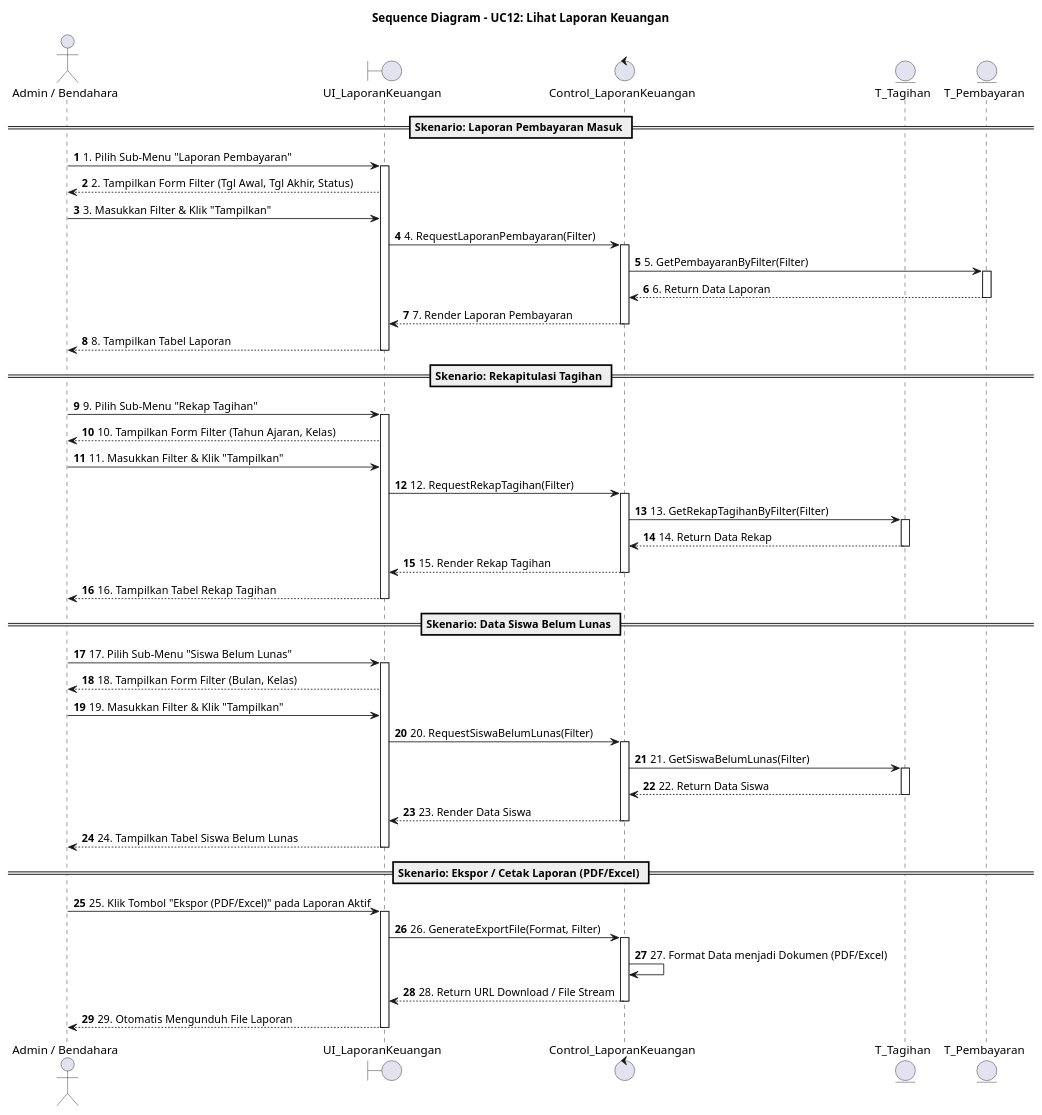
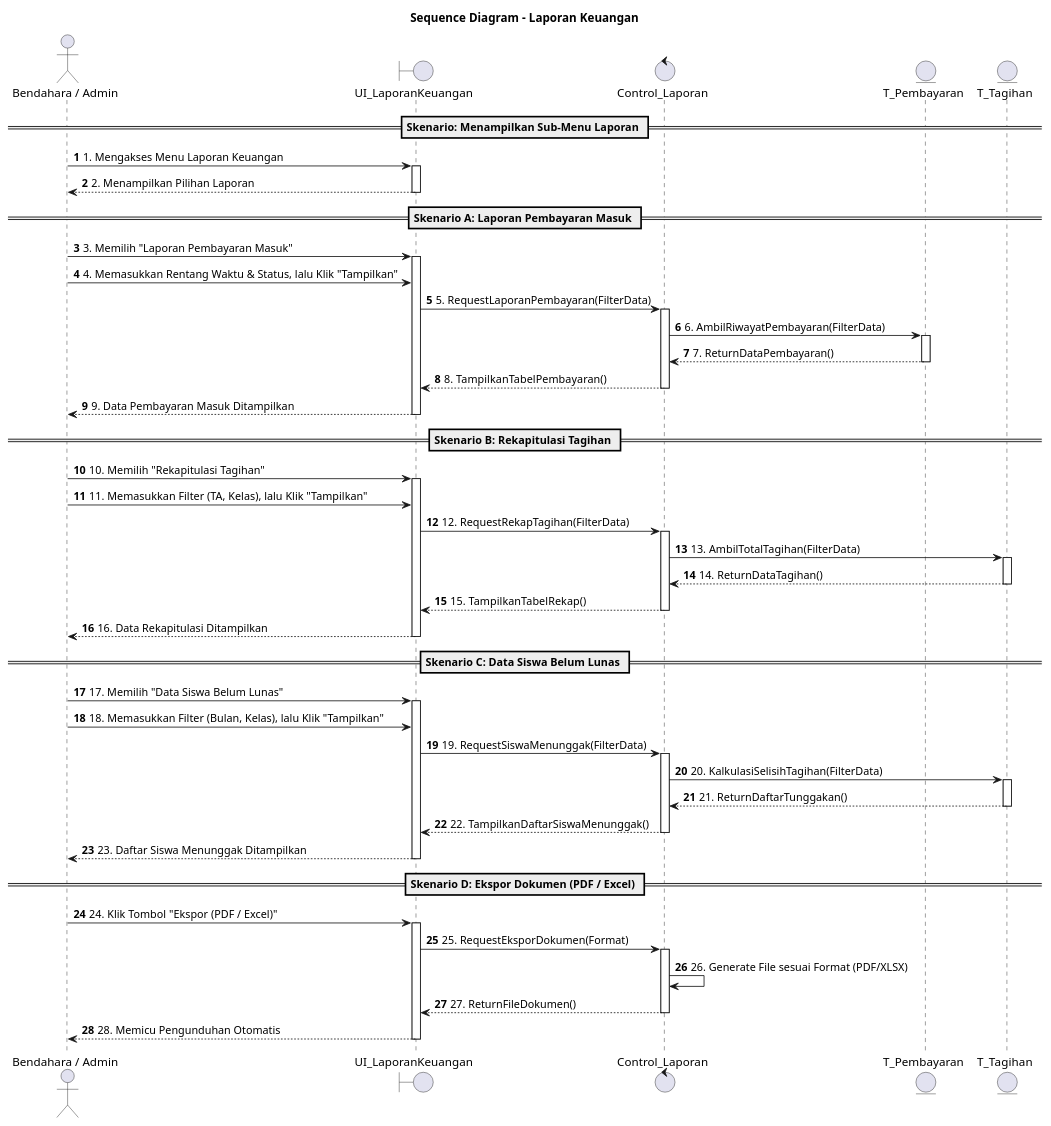
Before and after one commit to shendelzare7sw/sipaduhok: the diagram in docs/flow/sequence-laporan-keuangan.puml, drawn with PlantUML. The commit also changed 66 other files, not shown here.

```diff
--- a/docs/flow/sequence-laporan-keuangan.puml
+++ b/docs/flow/sequence-laporan-keuangan.puml
@@ -1,85 +1,73 @@
 @startuml
-title Sequence Diagram - UC12: Lihat Laporan Keuangan
+title Sequence Diagram - Laporan Keuangan
 autonumber
 
-actor "Admin / Bendahara" as Admin
+actor "Bendahara / Admin" as Pengguna
 boundary "UI_LaporanKeuangan" as UI
-control "Control_LaporanKeuangan" as Control
+control "Control_Laporan" as Control
+entity "T_Pembayaran" as E_Pembayaran
 entity "T_Tagihan" as E_Tagihan
-entity "T_Pembayaran" as E_Pembayaran
 
-== Skenario: Laporan Pembayaran Masuk ==
-
-Admin -> UI : 1. Pilih Sub-Menu "Laporan Pembayaran"
+== Skenario: Menampilkan Sub-Menu Laporan ==
+Pengguna -> UI : 1. Mengakses Menu Laporan Keuangan
 activate UI
-UI --> Admin : 2. Tampilkan Form Filter (Tgl Awal, Tgl Akhir, Status)
-
-Admin -> UI : 3. Masukkan Filter & Klik "Tampilkan"
-UI -> Control : 4. RequestLaporanPembayaran(Filter)
-activate Control
-
-Control -> E_Pembayaran : 5. GetPembayaranByFilter(Filter)
-activate E_Pembayaran
-E_Pembayaran --> Control : 6. Return Data Laporan
-deactivate E_Pembayaran
-
-Control --> UI : 7. Render Laporan Pembayaran
-deactivate Control
-UI --> Admin : 8. Tampilkan Tabel Laporan
+UI --> Pengguna : 2. Menampilkan Pilihan Laporan
 deactivate UI
 
-== Skenario: Rekapitulasi Tagihan ==
-
-Admin -> UI : 9. Pilih Sub-Menu "Rekap Tagihan"
+== Skenario A: Laporan Pembayaran Masuk ==
+Pengguna -> UI : 3. Memilih "Laporan Pembayaran Masuk"
 activate UI
-UI --> Admin : 10. Tampilkan Form Filter (Tahun Ajaran, Kelas)
-
-Admin -> UI : 11. Masukkan Filter & Klik "Tampilkan"
-UI -> Control : 12. RequestRekapTagihan(Filter)
+Pengguna -> UI : 4. Memasukkan Rentang Waktu & Status, lalu Klik "Tampilkan"
+UI -> Control : 5. RequestLaporanPembayaran(FilterData)
 activate Control
-
-Control -> E_Tagihan : 13. GetRekapTagihanByFilter(Filter)
-activate E_Tagihan
-E_Tagihan --> Control : 14. Return Data Rekap
-deactivate E_Tagihan
-
-Control --> UI : 15. Render Rekap Tagihan
+Control -> E_Pembayaran : 6. AmbilRiwayatPembayaran(FilterData)
+activate E_Pembayaran
+E_Pembayaran --> Control : 7. ReturnDataPembayaran()
+deactivate E_Pembayaran
+Control --> UI : 8. TampilkanTabelPembayaran()
 deactivate Control
-UI --> Admin : 16. Tampilkan Tabel Rekap Tagihan
+UI --> Pengguna : 9. Data Pembayaran Masuk Ditampilkan
 deactivate UI
 
-== Skenario: Data Siswa Belum Lunas ==
-
-Admin -> UI : 17. Pilih Sub-Menu "Siswa Belum Lunas"
+== Skenario B: Rekapitulasi Tagihan ==
+Pengguna -> UI : 10. Memilih "Rekapitulasi Tagihan"
 activate UI
-UI --> Admin : 18. Tampilkan Form Filter (Bulan, Kelas)
-
-Admin -> UI : 19. Masukkan Filter & Klik "Tampilkan"
-UI -> Control : 20. RequestSiswaBelumLunas(Filter)
+Pengguna -> UI : 11. Memasukkan Filter (TA, Kelas), lalu Klik "Tampilkan"
+UI -> Control : 12. RequestRekapTagihan(FilterData)
 activate Control
-
-Control -> E_Tagihan : 21. GetSiswaBelumLunas(Filter)
+Control -> E_Tagihan : 13. AmbilTotalTagihan(FilterData)
 activate E_Tagihan
-E_Tagihan --> Control : 22. Return Data Siswa
+E_Tagihan --> Control : 14. ReturnDataTagihan()
 deactivate E_Tagihan
-
-Control --> UI : 23. Render Data Siswa
+Control --> UI : 15. TampilkanTabelRekap()
 deactivate Control
-UI --> Admin : 24. Tampilkan Tabel Siswa Belum Lunas
+UI --> Pengguna : 16. Data Rekapitulasi Ditampilkan
 deactivate UI
 
-== Skenario: Ekspor / Cetak Laporan (PDF/Excel) ==
+== Skenario C: Data Siswa Belum Lunas ==
+Pengguna -> UI : 17. Memilih "Data Siswa Belum Lunas"
+activate UI
+Pengguna -> UI : 18. Memasukkan Filter (Bulan, Kelas), lalu Klik "Tampilkan"
+UI -> Control : 19. RequestSiswaMenunggak(FilterData)
+activate Control
+Control -> E_Tagihan : 20. KalkulasiSelisihTagihan(FilterData)
+activate E_Tagihan
+E_Tagihan --> Control : 21. ReturnDaftarTunggakan()
+deactivate E_Tagihan
+Control --> UI : 22. TampilkanDaftarSiswaMenunggak()
+deactivate Control
+UI --> Pengguna : 23. Daftar Siswa Menunggak Ditampilkan
+deactivate UI
 
-Admin -> UI : 25. Klik Tombol "Ekspor (PDF/Excel)" pada Laporan Aktif
+== Skenario D: Ekspor Dokumen (PDF / Excel) ==
+Pengguna -> UI : 24. Klik Tombol "Ekspor (PDF / Excel)"
 activate UI
-UI -> Control : 26. GenerateExportFile(Format, Filter)
+UI -> Control : 25. RequestEksporDokumen(Format)
 activate Control
-
-Control -> Control : 27. Format Data menjadi Dokumen (PDF/Excel)
-Control --> UI : 28. Return URL Download / File Stream
+Control -> Control : 26. Generate File sesuai Format (PDF/XLSX)
+Control --> UI : 27. ReturnFileDokumen()
 deactivate Control
-
-UI --> Admin : 29. Otomatis Mengunduh File Laporan
+UI --> Pengguna : 28. Memicu Pengunduhan Otomatis
 deactivate UI
 
 @enduml
```
